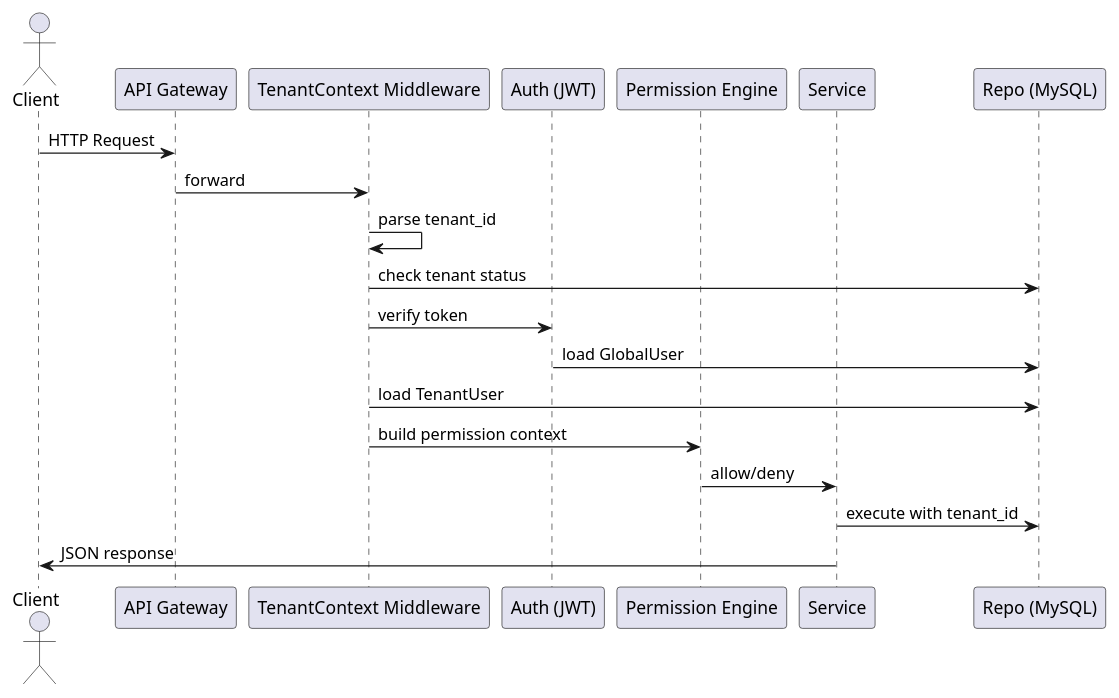
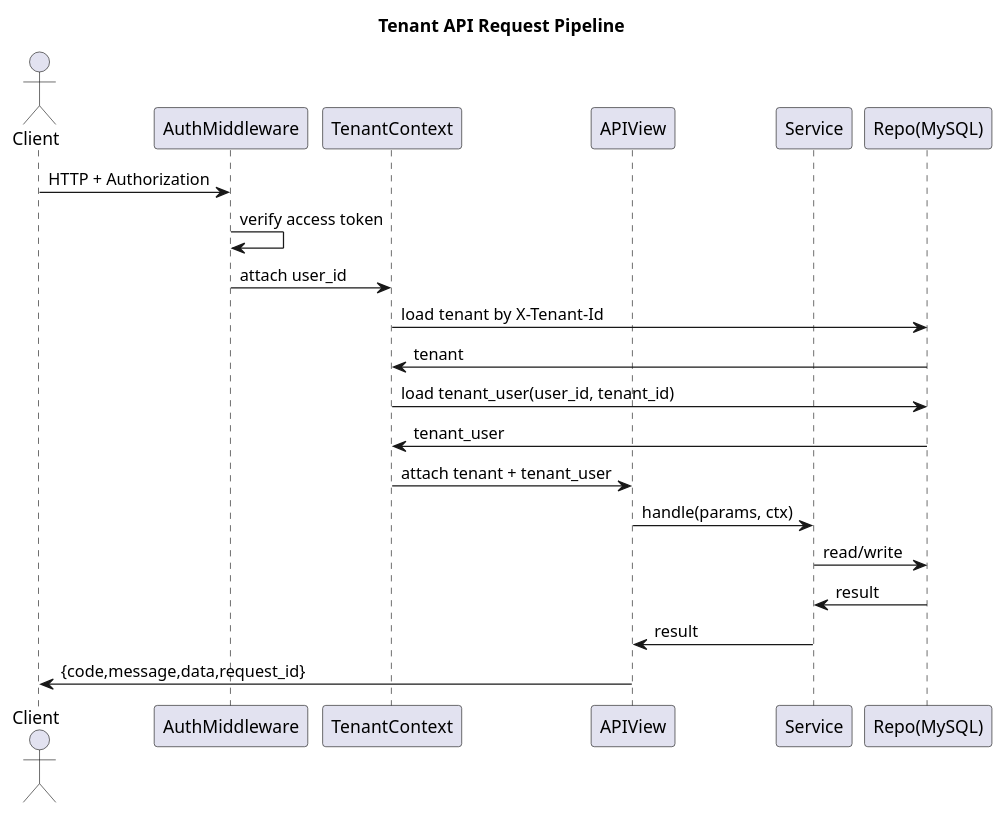
Before and after one commit to FangZiyong/grass: the sixth of 14 diagrams in docs/tech.md, drawn with PlantUML. The commit also changed other lines of this file and 10 other files, not shown here.

````diff
--- a/docs/tech.md
+++ b/docs/tech.md
@@ -318,23 +500,26 @@
 ```plantuml
 @startuml
+title Tenant API Request Pipeline
+
 actor Client
-participant "API Gateway" as GW
-participant "TenantContext Middleware" as MW
-participant "Auth (JWT)" as AUTH
-participant "Permission Engine" as PE
+participant "AuthMiddleware" as AUTH
+participant "TenantContext" as TC
+participant "APIView" as API
 participant "Service" as SVC
-participant "Repo (MySQL)" as DB
+participant "Repo(MySQL)" as REPO
 
-Client -> GW : HTTP Request
-GW -> MW : forward
-MW -> MW : parse tenant_id
-MW -> DB : check tenant status
-MW -> AUTH : verify token
-AUTH -> DB : load GlobalUser
-MW -> DB : load TenantUser
-MW -> PE : build permission context
-PE -> SVC : allow/deny
-SVC -> DB : execute with tenant_id
-SVC -> Client : JSON response
+Client -> AUTH : HTTP + Authorization
+AUTH -> AUTH : verify access token
+AUTH -> TC : attach user_id
+TC -> REPO : load tenant by X-Tenant-Id
+REPO -> TC : tenant
+TC -> REPO : load tenant_user(user_id, tenant_id)
+REPO -> TC : tenant_user
+TC -> API : attach tenant + tenant_user
+API -> SVC : handle(params, ctx)
+SVC -> REPO : read/write
+REPO -> SVC : result
+SVC -> API : result
+API -> Client : {code,message,data,request_id}
 @enduml
 ```
````
